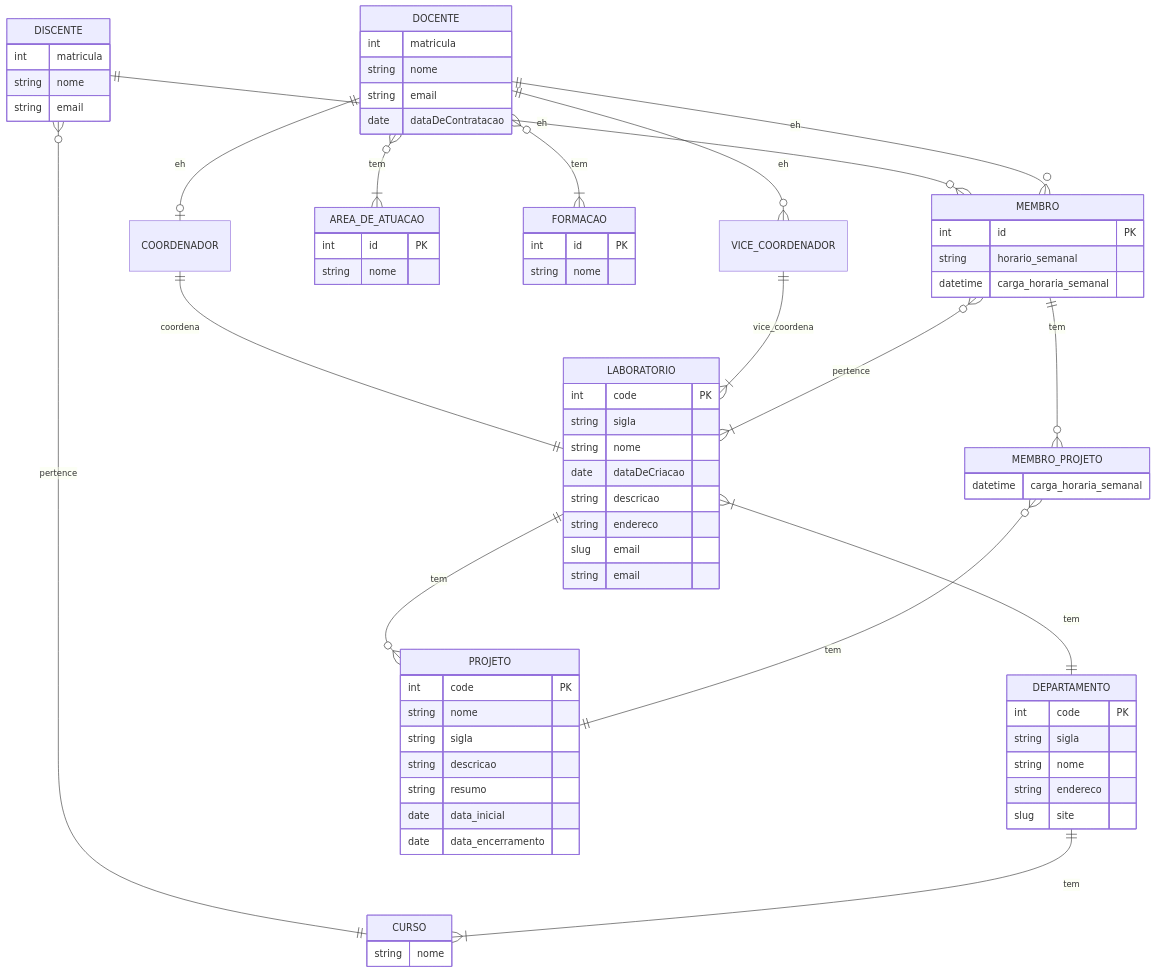
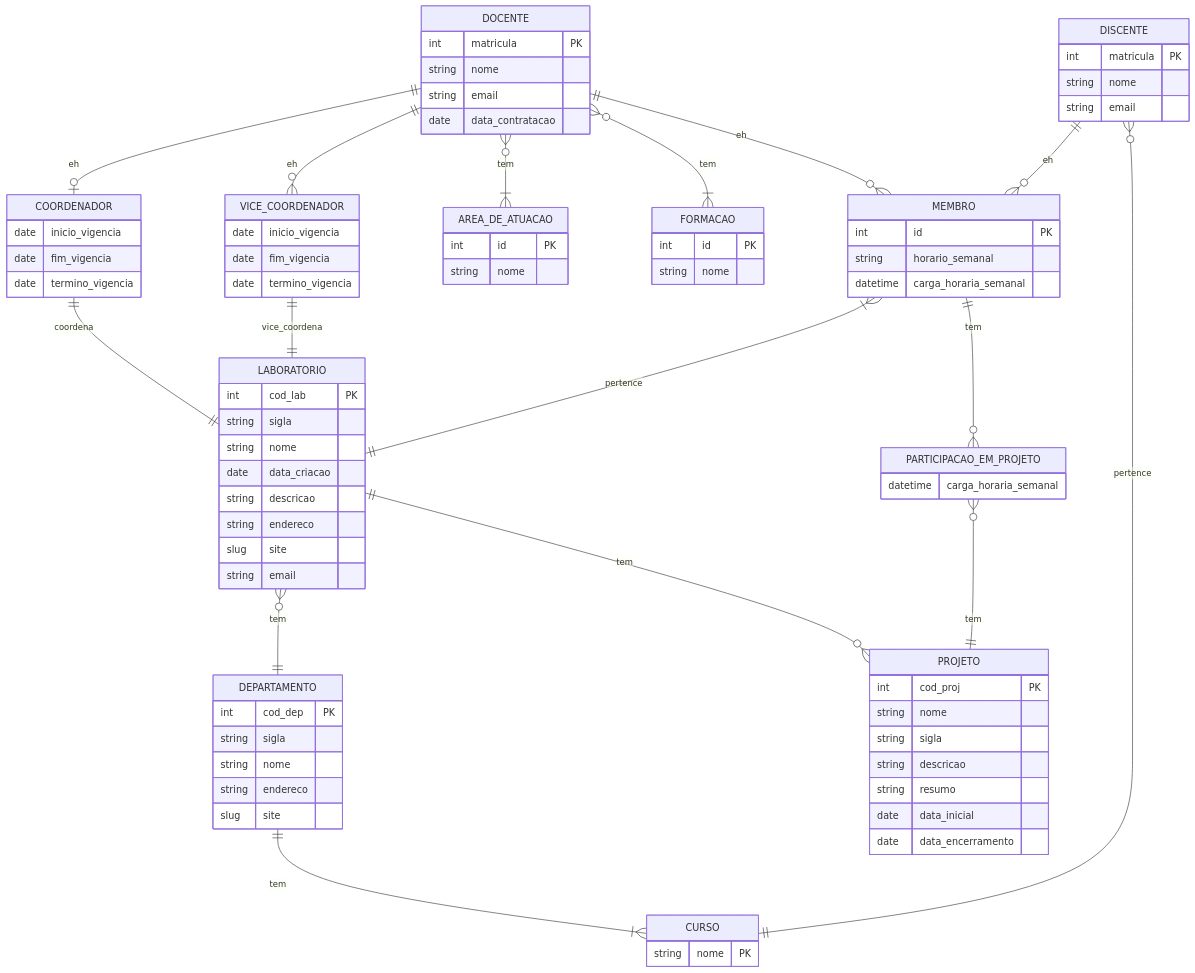
The diagram in database/20231/tarefas/mts-lucas/tarefa02.md (tacianosilva/bsi-tasks), drawn with Mermaid before and after one commit. The commit also changed other lines of this file, not shown here.

Commit message:
modificando MER #59

````diff
--- a/database/20231/tarefas/mts-lucas/tarefa02.md
+++ b/database/20231/tarefas/mts-lucas/tarefa02.md
@@ -78,19 +78,19 @@
 
     LABORATORIO {
 
-        int code PK
+        int cod_lab PK
         string sigla
         string nome
-        date dataDeCriacao
+        date data_criacao
         string descricao
         string endereco
-        slug email
+        slug site
         string email
 
     }
     DEPARTAMENTO {
 
-        int code PK
+        int cod_dep PK
         string sigla
         string nome
         string endereco
@@ -98,16 +98,23 @@
     }
     DOCENTE {
 
-        int matricula
+        int matricula PK
         string nome
         string email
-        date dataDeContratacao
+        date data_contratacao
     }
     COORDENADOR {
+
+        date inicio_vigencia
+        date fim_vigencia
+        date termino_vigencia
 
     }
     VICE_COORDENADOR {
 
+        date inicio_vigencia
+        date fim_vigencia
+        date termino_vigencia
     }
     AREA_DE_ATUACAO {
 
@@ -122,12 +129,12 @@
     }
     DISCENTE {
 
-        int matricula
+        int matricula PK
         string nome
         string email
     }
     CURSO {
-        string nome
+        string nome PK
     }
     MEMBRO {
         int id PK
@@ -136,7 +143,7 @@
     }
     PROJETO {
 
-        int code PK
+        int cod_proj PK
         string nome
         string sigla
         string descricao
@@ -145,11 +152,13 @@
         date data_encerramento
     }
 
-    MEMBRO_PROJETO {
+    PARTICIPACAO_EM_PROJETO {
+
         datetime carga_horaria_semanal
     }
 
-    LABORATORIO }|--|| DEPARTAMENTO : tem
+    LABORATORIO }o--|| DEPARTAMENTO : tem
+    DEPARTAMENTO ||--|{ CURSO : tem
     DOCENTE }o--|{ AREA_DE_ATUACAO : tem
     DOCENTE }o--|{ FORMACAO : tem
 
@@ -157,18 +166,18 @@
     COORDENADOR ||--|| LABORATORIO : coordena
 
     DOCENTE ||--o{ VICE_COORDENADOR : eh
-    VICE_COORDENADOR ||--|{ LABORATORIO : vice_coordena
+    VICE_COORDENADOR ||--|| LABORATORIO : vice_coordena
 
     DISCENTE }o--|| CURSO : pertence
-    DEPARTAMENTO ||--|{ CURSO : tem
 
-    MEMBRO }o--|{ LABORATORIO : pertence
+    MEMBRO }|--|| LABORATORIO : pertence
+    DOCENTE ||--o{ MEMBRO : eh
     DISCENTE ||--o{ MEMBRO : eh
-    DOCENTE ||--o{ MEMBRO : eh
 
     LABORATORIO ||--o{ PROJETO : tem
-    MEMBRO ||--o{ MEMBRO_PROJETO : tem
-    MEMBRO_PROJETO }o--|| PROJETO : tem
-    
+    MEMBRO ||--o{ PARTICIPACAO_EM_PROJETO : tem
+    PARTICIPACAO_EM_PROJETO }o--|| PROJETO : tem
+
+
 
 ```
````
